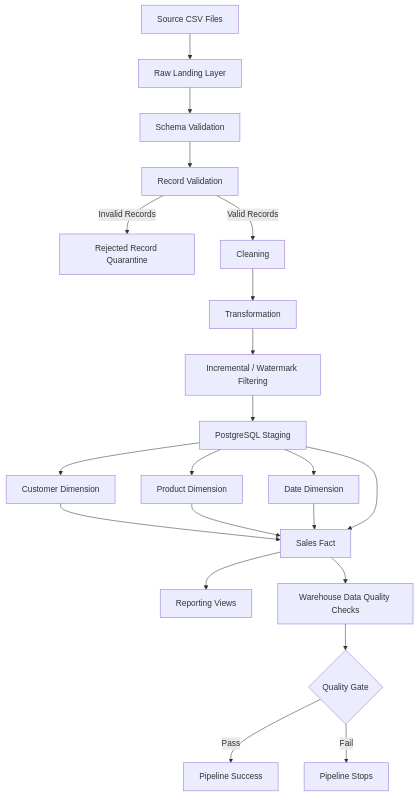
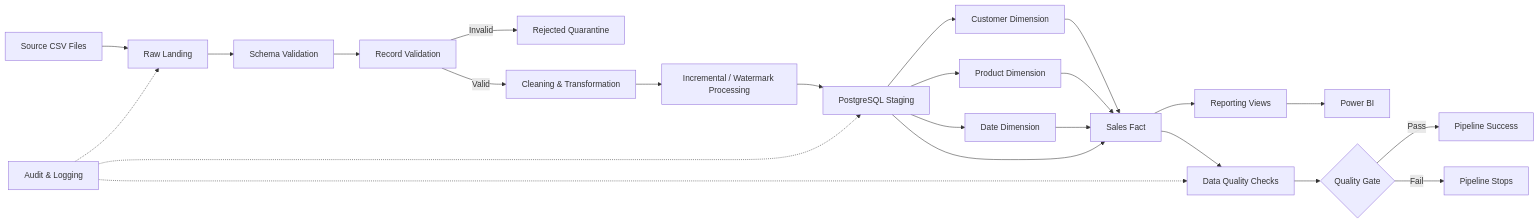
Before and after one commit to sswathibondugula/enterprise-data-pipeline: the diagram in README.md, drawn with Mermaid. The commit also changed other lines of this file, not shown here.

Commit message:
docs: add dashboard previews and architecture

````diff
--- a/README.md
+++ b/README.md
@@ -54,37 +89,36 @@
 ```mermaid
-flowchart TD
+flowchart LR
 
-    A[Source CSV Files] --> B[Raw Landing Layer]
+    A[Source CSV Files] --> B[Raw Landing]
 
     B --> C[Schema Validation]
-
     C --> D[Record Validation]
 
-    D -->|Invalid Records| E[Rejected Record Quarantine]
+    D -->|Invalid| E[Rejected Quarantine]
+    D -->|Valid| F[Cleaning & Transformation]
 
-    D -->|Valid Records| F[Cleaning]
+    F --> G[Incremental / Watermark Processing]
+    G --> H[PostgreSQL Staging]
 
-    F --> G[Transformation]
+    H --> I[Customer Dimension]
+    H --> J[Product Dimension]
+    H --> K[Date Dimension]
 
-    G --> H[Incremental / Watermark Filtering]
+    I --> L[Sales Fact]
+    J --> L
+    K --> L
+    H --> L
 
-    H --> I[PostgreSQL Staging]
+    L --> M[Reporting Views]
+    M --> N[Power BI]
 
-    I --> J[Customer Dimension]
-    I --> K[Product Dimension]
-    I --> L[Date Dimension]
-
-    J --> M[Sales Fact]
-    K --> M
-    L --> M
-    I --> M
-
-    M --> N[Reporting Views]
-
-    M --> O[Warehouse Data Quality Checks]
-
+    L --> O[Data Quality Checks]
     O --> P{Quality Gate}
 
     P -->|Pass| Q[Pipeline Success]
     P -->|Fail| R[Pipeline Stops]
+
+    S[Audit & Logging] -.-> B
+    S -.-> H
+    S -.-> O
 ```
````
